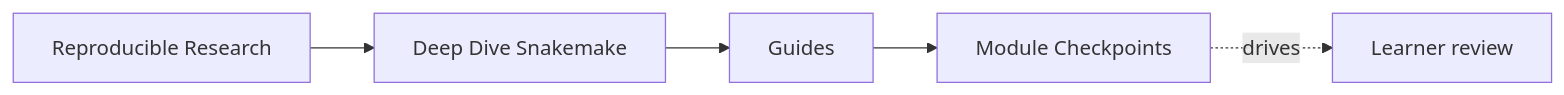
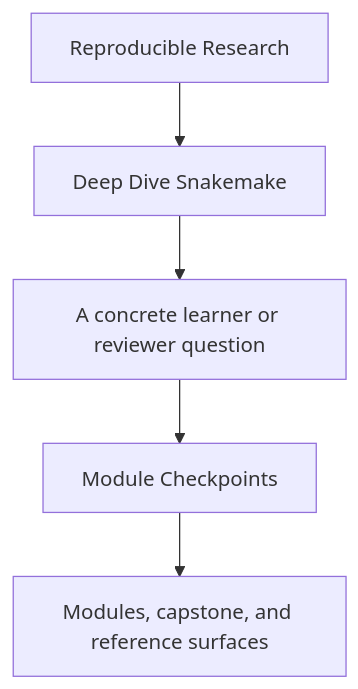
One commit to bijux/bijux-masterclass changed the first of 2 diagrams in programs/reproducible-research/deep-dive-snakemake/course-book/guides/module-checkpoints.md. Above: the diagram before and after it, drawn with Mermaid. The commit also changed other lines of this file and 29 other files, not shown here.

Commit message:
docs(deep-dive-snakemake): sharpen guide and reference diagrams

````diff
--- a/programs/reproducible-research/deep-dive-snakemake/course-book/guides/module-checkpoints.md
+++ b/programs/reproducible-research/deep-dive-snakemake/course-book/guides/module-checkpoints.md
@@ -9,11 +9,7 @@
 ```mermaid
-graph LR
-  family["Reproducible Research"]
-  program["Deep Dive Snakemake"]
-  section["Guides"]
-  page["Module Checkpoints"]
-  review["Learner review"]
-
-  family --> program --> section --> page
-  page -.drives.-> review
+flowchart TD
+  family["Reproducible Research"] --> program["Deep Dive Snakemake"]
+  program --> pressure["A concrete learner or reviewer question"]
+  pressure --> guide["Module Checkpoints"]
+  guide --> next["Modules, capstone, and reference surfaces"]
 ```
````
